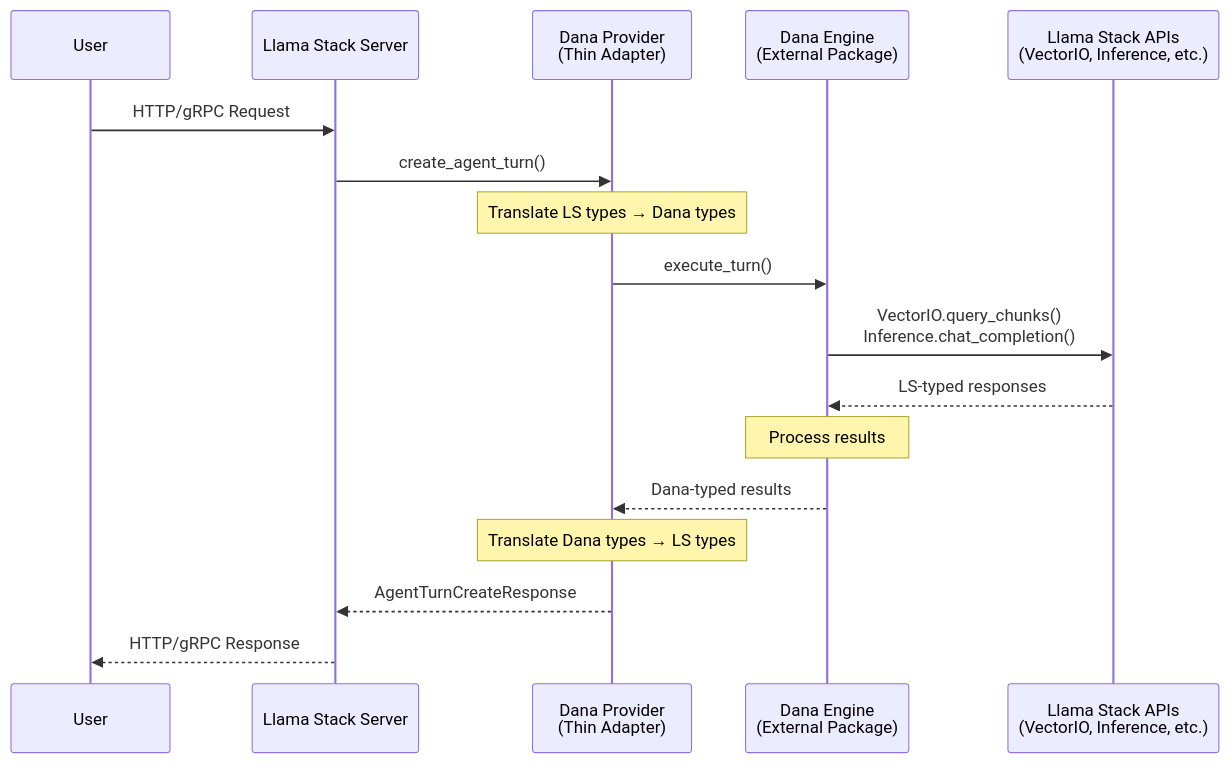
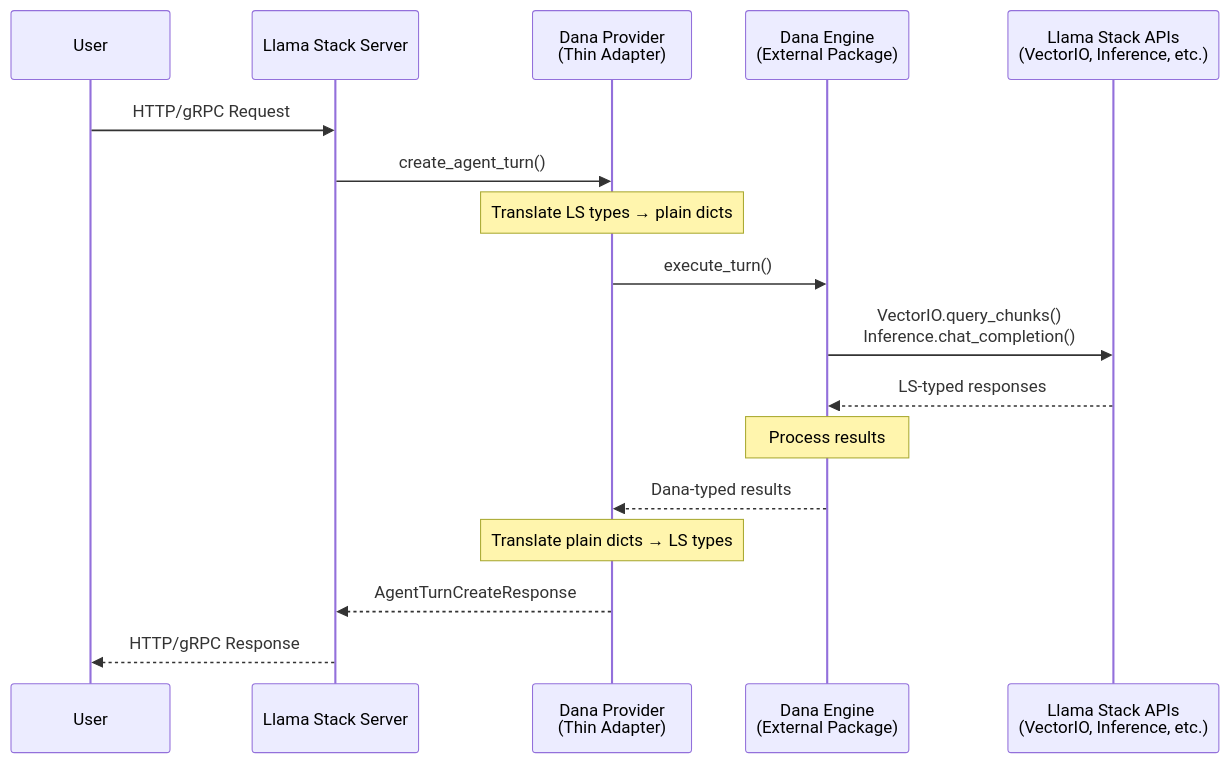
The third of 5 diagrams in docs/llama-stack/INTEGRATION_POINTS.md (aitomatic/dana), drawn with Mermaid before and after one commit. The commit also changed other lines of this file, not shown here.

Commit message:
Define API contract flow

````diff
--- a/docs/llama-stack/INTEGRATION_POINTS.md
+++ b/docs/llama-stack/INTEGRATION_POINTS.md
@@ -272,20 +318,20 @@
 ```mermaid
 sequenceDiagram
     participant User
     participant LS_Server as Llama Stack Server
     participant Adapter as Dana Provider<br/>(Thin Adapter)
     participant Engine as Dana Engine<br/>(External Package)
     participant APIs as Llama Stack APIs<br/>(VectorIO, Inference, etc.)
 
     User->>LS_Server: HTTP/gRPC Request
     LS_Server->>Adapter: create_agent_turn()
-    Note over Adapter: Translate LS types → Dana types
+    Note over Adapter: Translate LS types → plain dicts
     Adapter->>Engine: execute_turn()
     Engine->>APIs: VectorIO.query_chunks()<br/>Inference.chat_completion()
     APIs-->>Engine: LS-typed responses
     Note over Engine: Process results
     Engine-->>Adapter: Dana-typed results
-    Note over Adapter: Translate Dana types → LS types
+    Note over Adapter: Translate plain dicts → LS types
     Adapter-->>LS_Server: AgentTurnCreateResponse
     LS_Server-->>User: HTTP/gRPC Response
 ```
````
